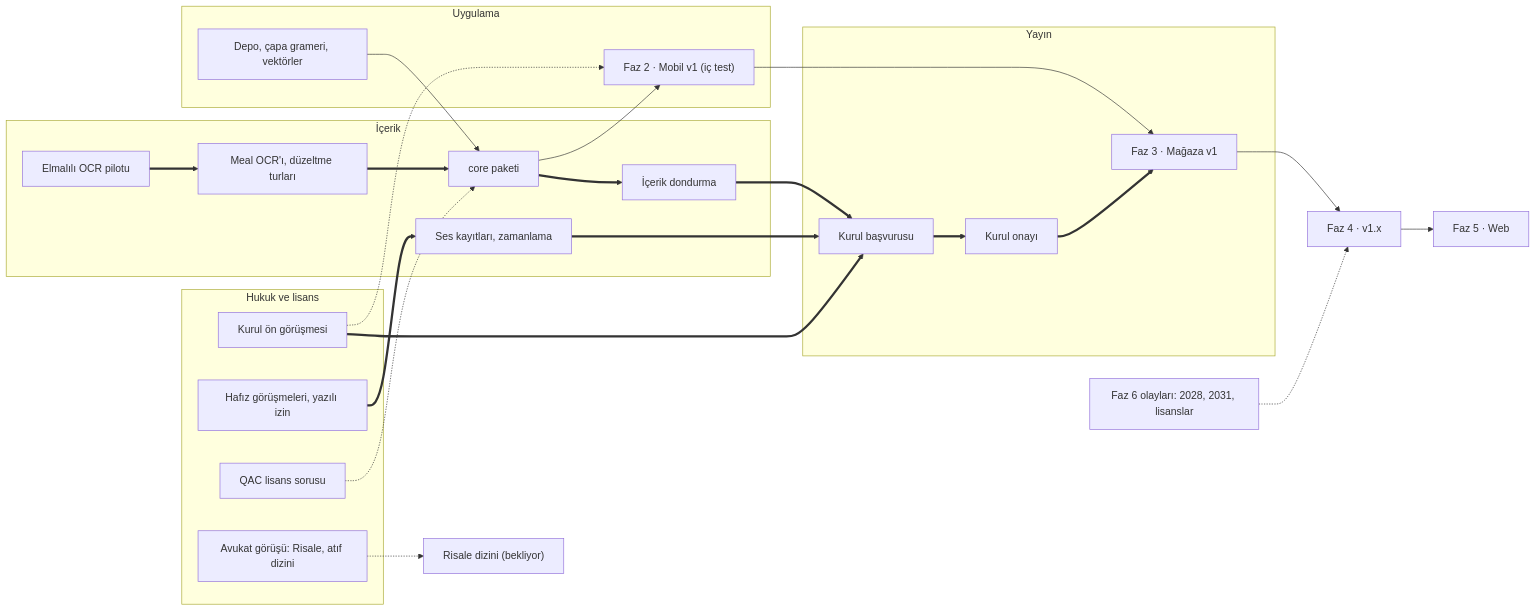
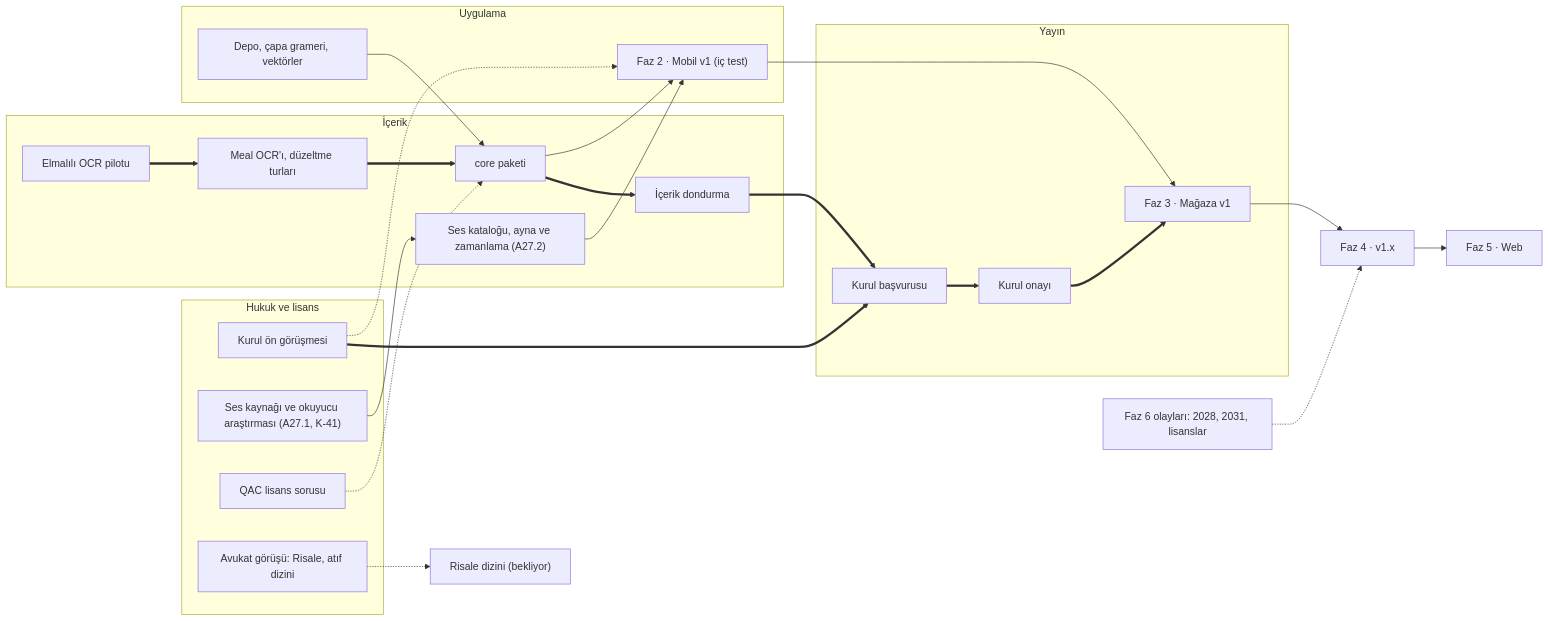
The diagram in docs/08-yol-haritasi/01-fazlar.md (karasaid379-hue/mutalaa), drawn with Mermaid before and after one commit. The commit also changed other lines of this file and 35 other files, not shown here.

````diff
--- a/docs/08-yol-haritasi/01-fazlar.md
+++ b/docs/08-yol-haritasi/01-fazlar.md
@@ -26,35 +26,35 @@
 ```mermaid
 flowchart LR
   subgraph H["Hukuk ve lisans"]
     K0["Kurul ön görüşmesi"]
-    HZ["Hafız görüşmeleri, yazılı izin"]
+    SESK["Ses kaynağı ve okuyucu araştırması (A27.1, K-41)"]
     QAC["QAC lisans sorusu"]
     AV["Avukat görüşü: Risale, atıf dizini"]
   end
   subgraph I["İçerik"]
     OCR["Elmalılı OCR pilotu"]
     TR["Meal OCR'ı, düzeltme turları"]
     CORE["core paketi"]
     DON["İçerik dondurma"]
-    SES["Ses kayıtları, zamanlama"]
+    SES["Ses kataloğu, ayna ve zamanlama (A27.2)"]
   end
   subgraph U["Uygulama"]
     F0["Depo, çapa grameri, vektörler"]
     F2["Faz 2 · Mobil v1 (iç test)"]
   end
   subgraph Y["Yayın"]
     BAS["Kurul başvurusu"]
     ONAY["Kurul onayı"]
     F3["Faz 3 · Mağaza v1"]
   end
   K0 ==> BAS
   OCR ==> TR ==> CORE ==> DON ==> BAS ==> ONAY ==> F3
-  HZ ==> SES ==> BAS
+  SESK --> SES --> F2
   F0 --> CORE
   K0 -.-> F2
   CORE --> F2 --> F3
   QAC -.-> CORE
   AV -.-> RIS["Risale dizini (bekliyor)"]
   F3 --> F4["Faz 4 · v1.x"] --> F5["Faz 5 · Web"]
   T["Faz 6 olayları: 2028, 2031, lisanslar"] -.-> F4
 ```
````
